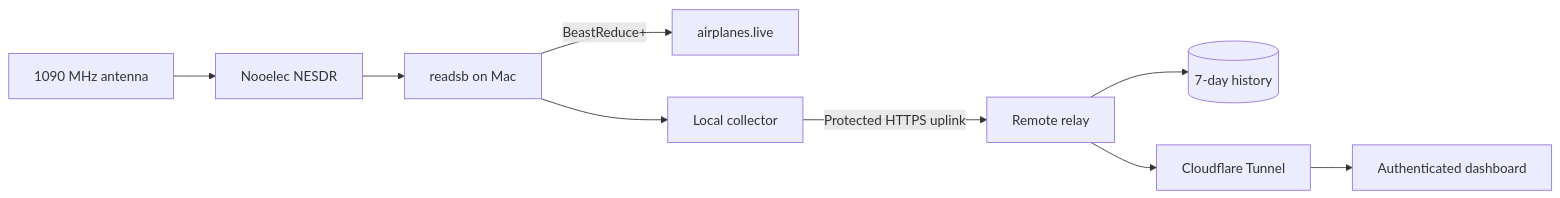
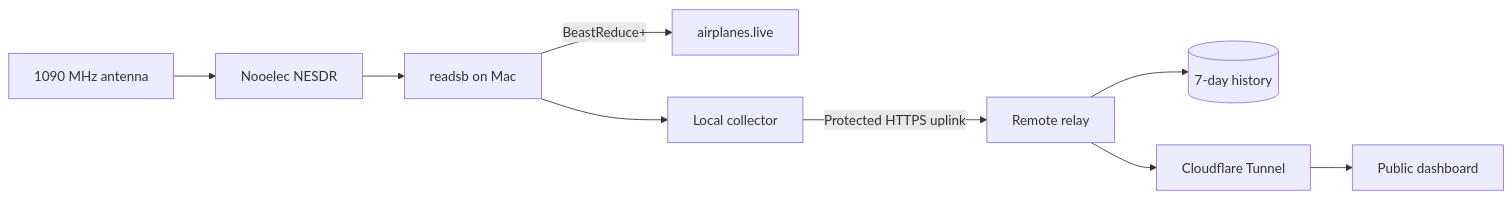
One commit to ramideltoro/antenna_observatory changed the diagram in wiki-site/docs/index.md. Above: the diagram before and after it, drawn with Mermaid. The commit also changed other lines of this file and 44 other files, not shown here.

````diff
--- a/wiki-site/docs/index.md
+++ b/wiki-site/docs/index.md
@@ -11,11 +11,11 @@
 ```mermaid
 flowchart LR
     A[1090 MHz antenna] --> B[Nooelec NESDR]
     B --> C[readsb on Mac]
     C -->|BeastReduce+| D[airplanes.live]
     C --> E[Local collector]
     E -->|Protected HTTPS uplink| F[Remote relay]
     F --> G[(7-day history)]
     F --> H[Cloudflare Tunnel]
-    H --> I[Authenticated dashboard]
+    H --> I[Public dashboard]
 ```
````
